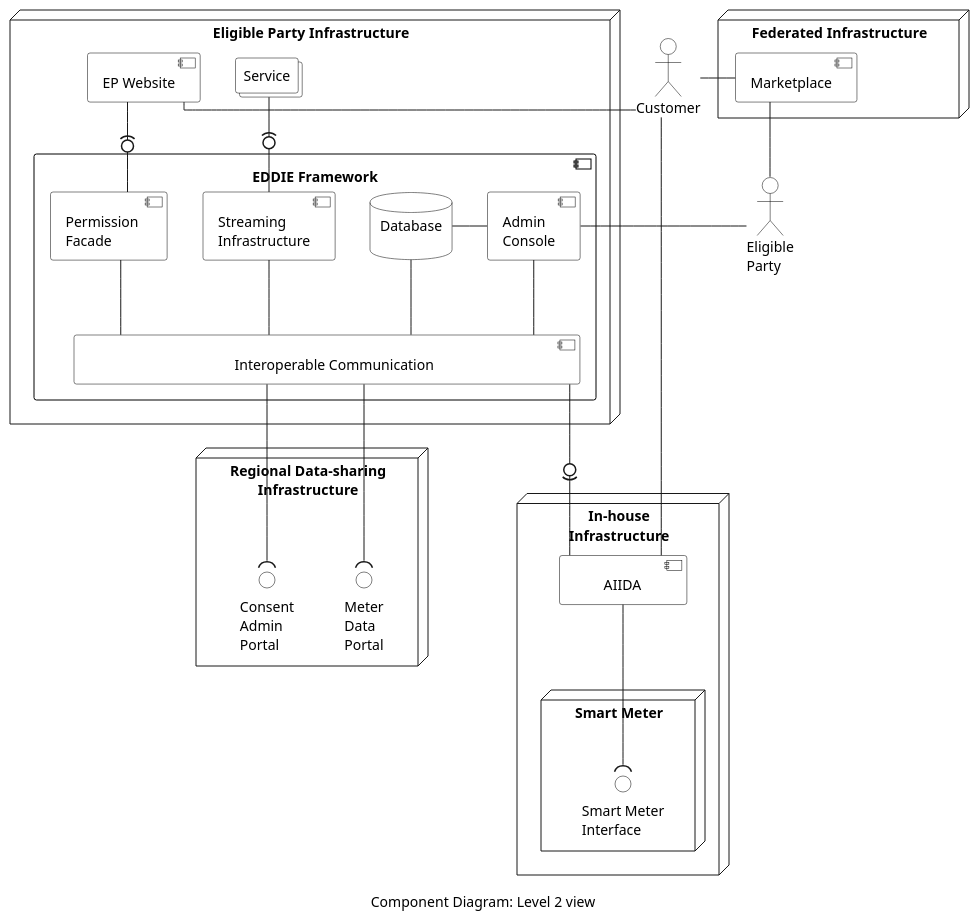
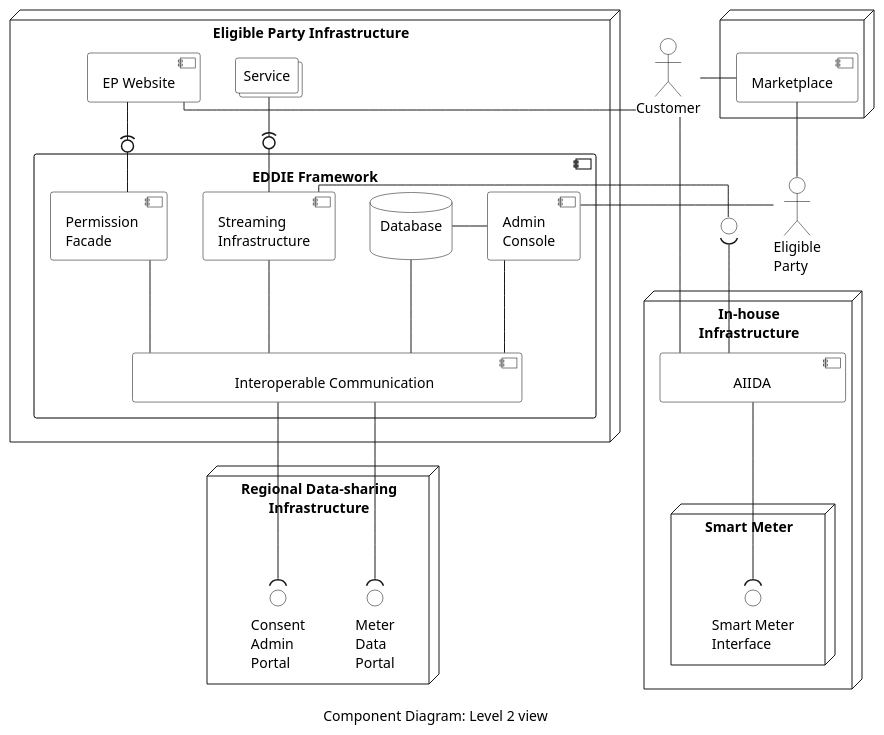
One commit to eddie-energy/architecture changed the diagram in arc42/05-building-block-view/figures/component-diagram-level-2.puml. Above: the diagram before and after it, drawn with PlantUML. The commit also changed 10 other files, not shown here.

```diff
--- a/arc42/05-building-block-view/figures/component-diagram-level-2.puml
+++ b/arc42/05-building-block-view/figures/component-diagram-level-2.puml
@@ -1,89 +1,100 @@
 @startuml component-diagram-level-2
 'component diagram
 caption Component Diagram: Level 2 view
 
 skinparam linetype ortho
 skinparam interface {
   backgroundColor transparent
   borderColor black
 }
 skinparam component{
   BorderColor black
   BackgroundColor transparent
 }
 skinparam actor{
   BorderColor black
   BackgroundColor transparent
 }
 skinparam database{
   BorderColor black
   BackgroundColor transparent
 }
 skinparam collections{
   BorderColor black
   BackgroundColor white
 }
 skinparam rectangle{
-  BorderColor transparent
+  ' BorderColor transparent
   BackgroundColor transparent
   FontColor transparent
 }
 
 
 node "Eligible Party Infrastructure"  as epInfra{
-  component "EDDIE Framework" {    
-    component "Permission \nFacade" as consentFacade
-    component "Streaming\nInfrastructure" as broker
+  component "EDDIE Framework" {
+
+    component "Permission \nFacade" as permissionFacade
+    component "Streaming\nInfrastructure" as streamingInfr
     database "Database\n" as database
     component "Admin \nConsole" as adminConsole
-    component "\t\t\t\t\tInteroperable Communication\t\t\t\t\t" as comm
+    component "\t\t\tInteroperable Communication\t\t\t" as comm
   }
- 
-    component "EP Website" as ui
-    collections "Service" as services
-  
+  component "EP Website" as epWebsite
+  collections "Service" as services
 
-  ui -down(0- consentFacade
-  ui -[hidden]right- services
-  consentFacade -down- comm
+  ' permissionFacade -right- streamingInfr
+  ' streamingInfr -right- database
+  database -right-adminConsole
+
+  epWebsite -down(0- permissionFacade
+  epWebsite -[hidden]right- services
+  permissionFacade -down- comm
   database -down- comm
-  broker -down- comm
-  database -right-adminConsole
-  broker -up0)- services
+  streamingInfr -down- comm
+  services -down(0- streamingInfr
   adminConsole -down- comm
-
 }
 node "In-house\nInfrastructure" {
-  component "\tAIIDA\t" as aiida
+  component "\t\tAIIDA\t\t" as aiida
   node "Smart Meter" as meter {
-      interface "Smart Meter\nInterface" as p1
+    interface "Smart Meter\nInterface" as p1
   }
-  aiida -down-( p1 
+  aiida -down-( p1
 }
 
 node "Regional Data-sharing\nInfrastructure" as energyProvider {
   interface "Meter\nData\nPortal" as dataPortal
   interface "Consent\nAdmin\nPortal" as adminPortal
 }
 
-actor "Customer" as consumer
+actor "Customer" as customer
 actor "Eligible\nParty" as ep
 
-node "Federated Infrastructure"  as marketplaceNode {
+node " "  as marketplaceNode {
   component "Marketplace" as marketplace
 }
 
-consumer -right- marketplace
+customer -right- marketplace
 marketplace -down- ep
 
-ep -left- adminConsole
+adminConsole -right- ep
 
-consumer -down- aiida
-consumer - ui
+customer -down- aiida
+
+epWebsite -right- customer
 
 comm -down-( dataPortal
 comm -down-( adminPortal
 
-aiida -up(0- comm
+interface " " as kafkaAiidaInterface
+
+' customer -down- kafkaInterface
+kafkaAiidaInterface )-down- aiida
+streamingInfr -right- kafkaAiidaInterface
+
+
+
+
+ 
 
 @enduml
```
